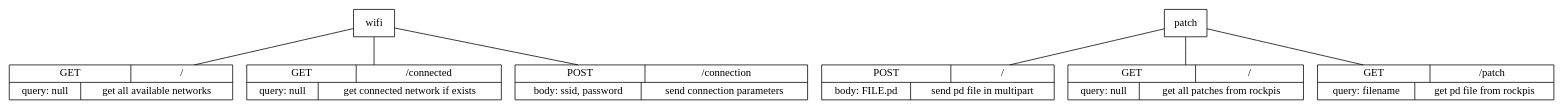
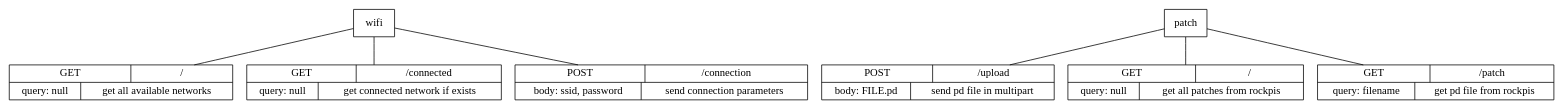
Before and after one commit to leminrock/server-web: the diagram in schema.dot, drawn with Graphviz. The commit also changed 6 other files, not shown here.

```diff
--- a/schema.dot
+++ b/schema.dot
@@ -1,21 +1,19 @@
 graph {
     node[shape=record]
 
     subgraph {
         wifi[label="wifi"];
         getwifilist[label="{{GET|/}|{query: null|get all available networks}}"];
         getconnected[label="{{GET|/connected}|{query: null|get connected network if exists}}"]
         postconnection[label="{{POST|/connection}|{body: ssid, password|send connection parameters}}"]
-        wifi -- getwifilist;
-        wifi -- getconnected;
-        wifi -- postconnection;
+        wifi -- { getwifilist getconnected postconnection };
     }
 
     subgraph {
         patch[label="patch"];
-        postpatch[label="{{POST|/}|{body: FILE.pd|send pd file in multipart}}"];
+        postpatch[label="{{POST|/upload}|{body: FILE.pd|send pd file in multipart}}"];
         getallpatch[label="{{GET|/}|{query: null|get all patches from rockpis}}"];
         getpatch[label="{{GET|/patch}|{query: filename|get pd file from rockpis}}"];
         patch -- { postpatch getallpatch getpatch };
     }
 }
```
